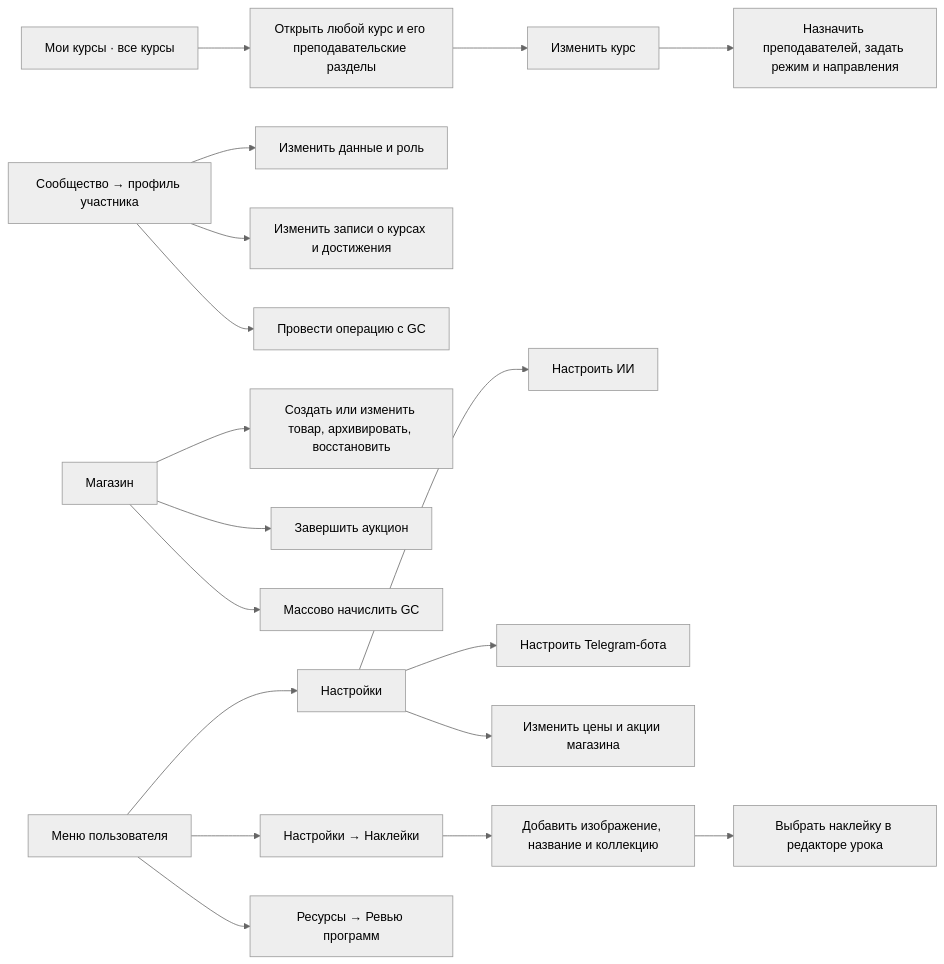
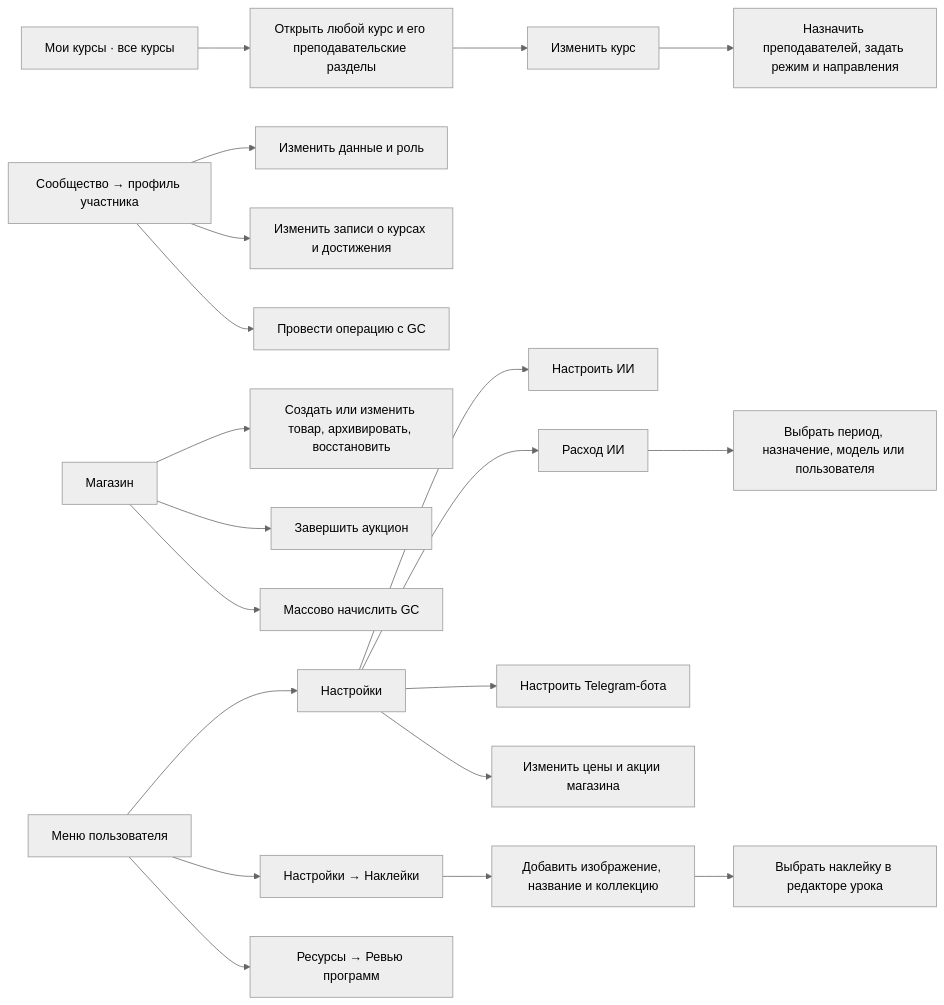
The seventh of 8 diagrams in docs/ux/role-actions.md (roctbb/CodingProjects), drawn with Mermaid (neutral theme) before and after one commit. The commit also changed other lines of this file and 27 other files, not shown here.

````diff
--- a/docs/ux/role-actions.md
+++ b/docs/ux/role-actions.md
@@ -215,20 +215,22 @@
 ```mermaid
 flowchart LR
   home["Мои курсы · все курсы"] --> course["Открыть любой курс и его преподавательские разделы"]
   course --> settings["Изменить курс"]
   settings --> staff["Назначить преподавателей, задать режим и направления"]
   people["Сообщество → профиль участника"] --> account["Изменить данные и роль"]
   people --> learn["Изменить записи о курсах и достижения"]
   people --> gc["Провести операцию с GC"]
   market["Магазин"] --> goods["Создать или изменить товар, архивировать, восстановить"]
   market --> auction["Завершить аукцион"]
   market --> credit["Массово начислить GC"]
   tools["Меню пользователя"] --> system["Настройки"]
   system --> ai["Настроить ИИ"]
+  system --> usage["Расход ИИ"]
+  usage --> filters["Выбрать период, назначение, модель или пользователя"]
   system --> telegram["Настроить Telegram-бота"]
   system --> prices["Изменить цены и акции магазина"]
   tools --> stickers["Настройки → Наклейки"]
   stickers --> entry["Добавить изображение, название и коллекцию"]
   entry --> assign["Выбрать наклейку в редакторе урока"]
   tools --> materials["Ресурсы → Ревью программ"]
 ```
````
